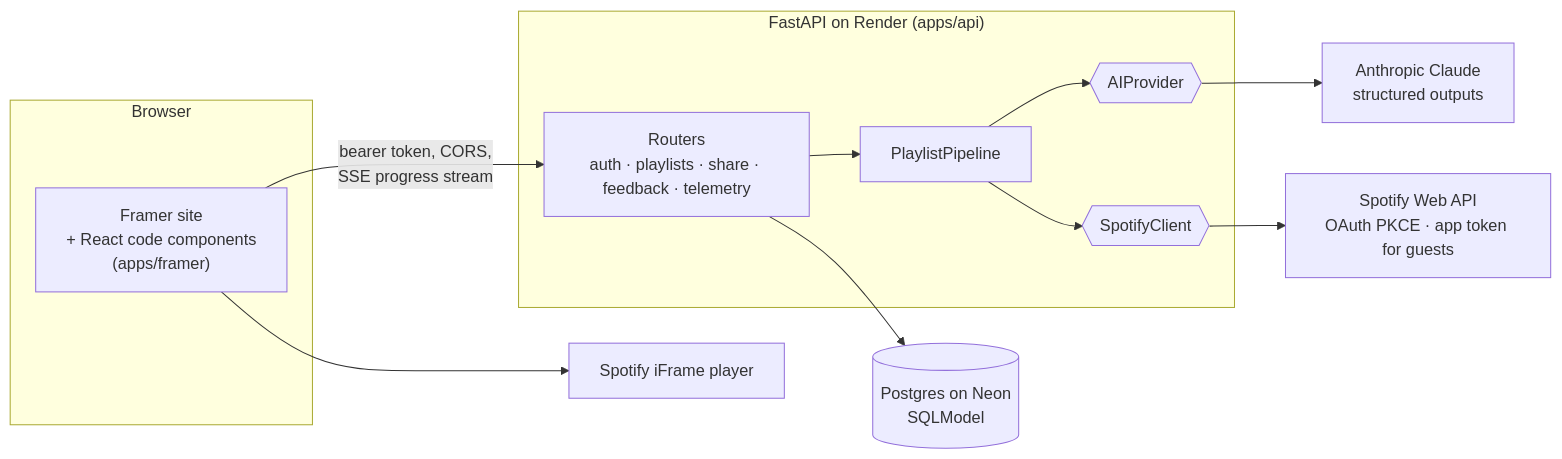
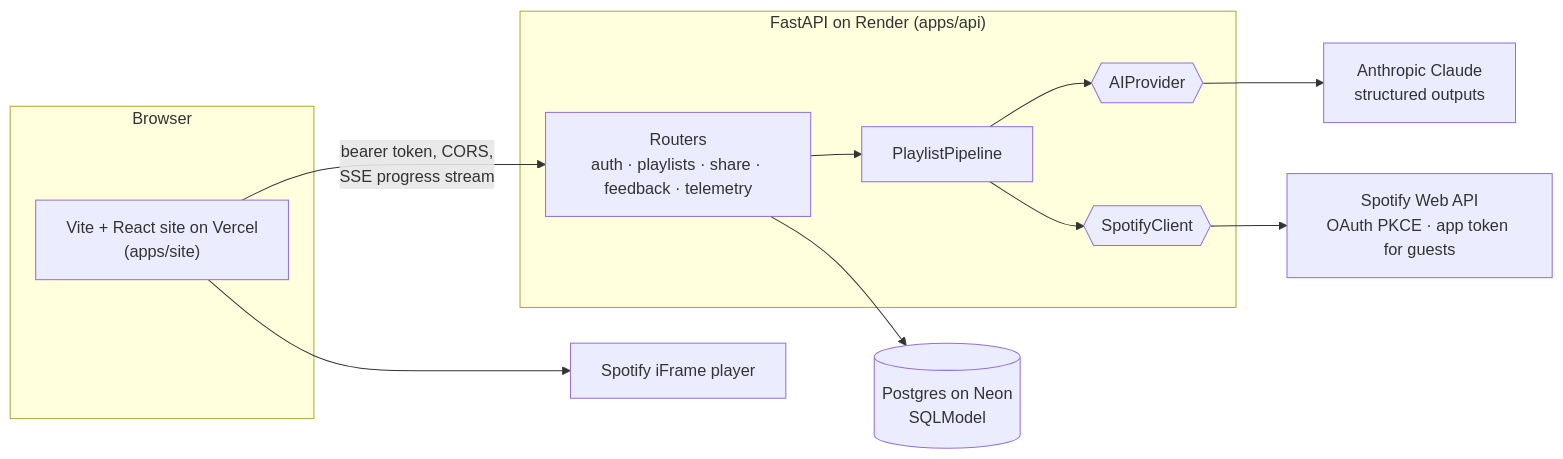
The first of 2 diagrams in README.md (lordflaxko/moodwave), drawn with Mermaid before and after one commit. The commit also changed other lines of this file and 29 other files, not shown here.

First line of the commit message:
Switch the front end to the Vercel site

````diff
--- a/README.md
+++ b/README.md
@@ -65,22 +65,22 @@
 ```mermaid
 flowchart LR
     subgraph Browser
-      Site["Framer site<br/>+ React code components<br/>(apps/framer)"]
+      Site["Vite + React site on Vercel<br/>(apps/site)"]
     end
     subgraph Render["FastAPI on Render (apps/api)"]
       R["Routers<br/>auth · playlists · share · feedback · telemetry"]
       P["PlaylistPipeline"]
       AI{{"AIProvider"}}
       SP{{"SpotifyClient"}}
     end
     DB[("Postgres on Neon<br/>SQLModel")]
     Claude["Anthropic Claude<br/>structured outputs"]
     Spotify["Spotify Web API<br/>OAuth PKCE · app token for guests"]
     Embed["Spotify iFrame player"]
 
     Site -- "bearer token, CORS,<br/>SSE progress stream" --> R
     Site --> Embed
     R --> P --> AI --> Claude
     P --> SP --> Spotify
     R --> DB
 ```
````
